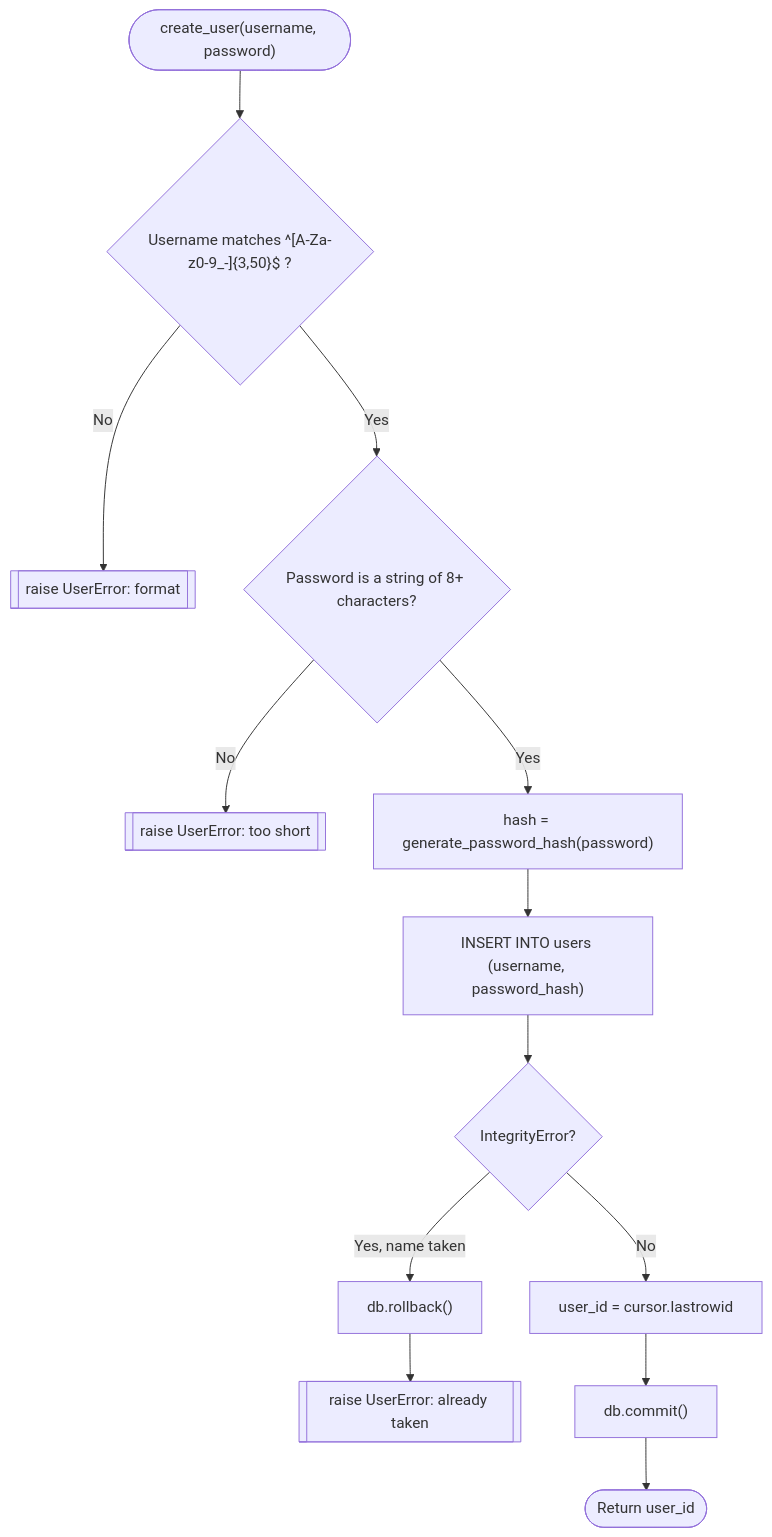
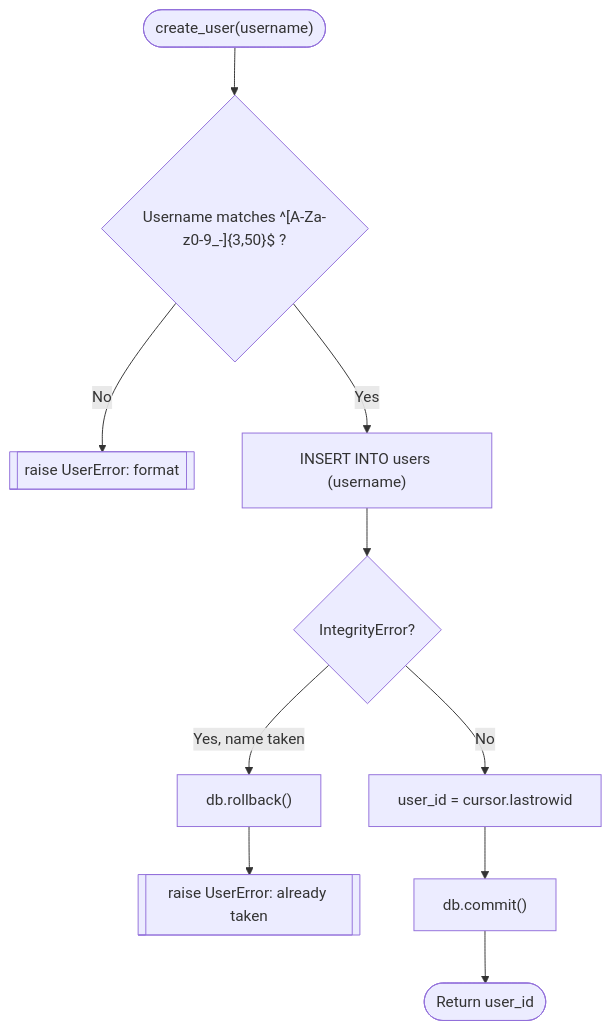
The first of 2 diagrams in docs/specs/users.md (GreenDAS/url_shortener), drawn with Mermaid before and after one commit. The commit also changed other lines of this file and 4 other files, not shown here.

First line of the commit message:
Removed passwords from app/users.py so a user is just a unique username (URL-23). Took out validate_password(), verify_user() and the werkzeug hashing, create_user() now only takes a username. Also added list_users() for the user picker & dropped the password_hash column in schema.sql.

````diff
--- a/docs/specs/users.md
+++ b/docs/specs/users.md
@@ -64,15 +64,12 @@
 ```mermaid
 flowchart TD
-    A(["create_user(username, password)"]) --> B{"Username matches ^[A-Za-z0-9_-]{3,50}$ ?"}
+    A(["create_user(username)"]) --> B{"Username matches ^[A-Za-z0-9_-]{3,50}$ ?"}
     B -->|No| X1[["raise UserError: format"]]
-    B -->|Yes| C{"Password is a string of 8+ characters?"}
-    C -->|No| X2[["raise UserError: too short"]]
-    C -->|Yes| D["hash = generate_password_hash(password)"]
-    D --> E["INSERT INTO users (username, password_hash)"]
+    B -->|Yes| E["INSERT INTO users (username)"]
     E --> F{IntegrityError?}
     F -->|Yes, name taken| G["db.rollback()"]
     G --> X3[["raise UserError: already taken"]]
     F -->|No| H["user_id = cursor.lastrowid"]
     H --> I["db.commit()"]
     I --> J([Return user_id])
 ```
````
